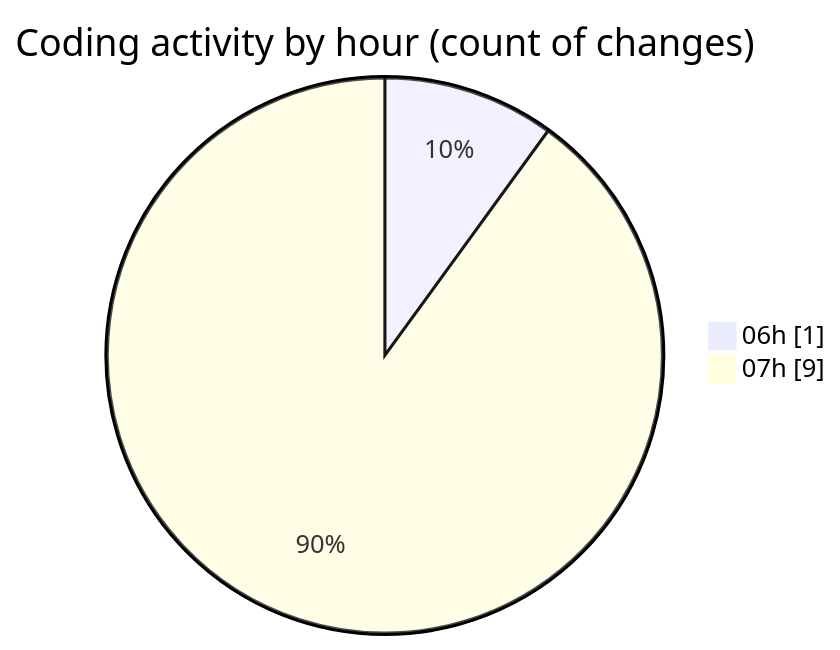
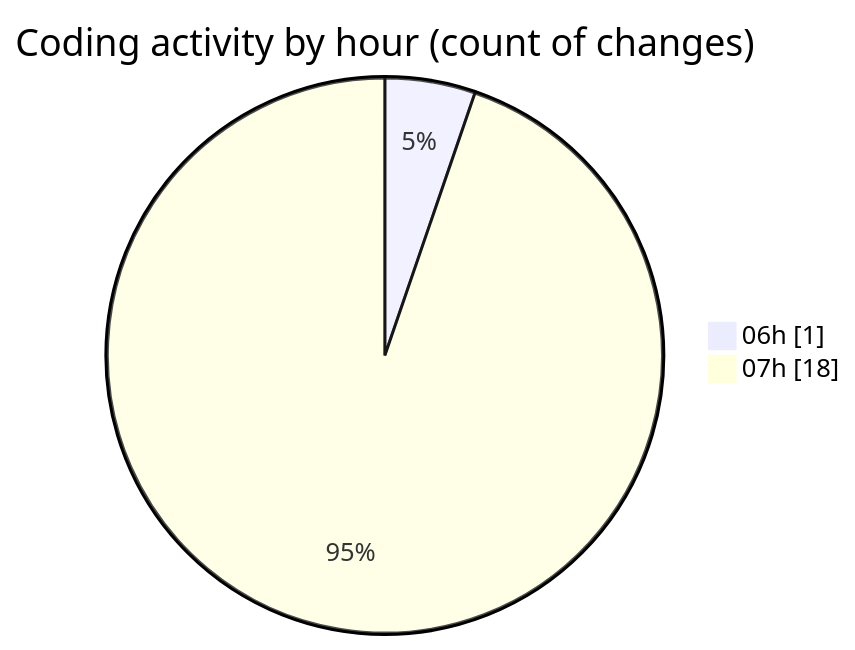
Before and after one commit to vahidmafi/code-tracking: the second of 2 diagrams in 2025-04-10/zeytoon/README.md, drawn with Mermaid. The commit also changed other lines of this file and 1 other file, not shown here.

````diff
--- a/2025-04-10/zeytoon/README.md
+++ b/2025-04-10/zeytoon/README.md
@@ -30,6 +33,6 @@
 ```mermaid
 pie showData
 title Coding activity by hour (count of changes)
 "06h" : 1
-"07h" : 9
+"07h" : 18
 ```
````
